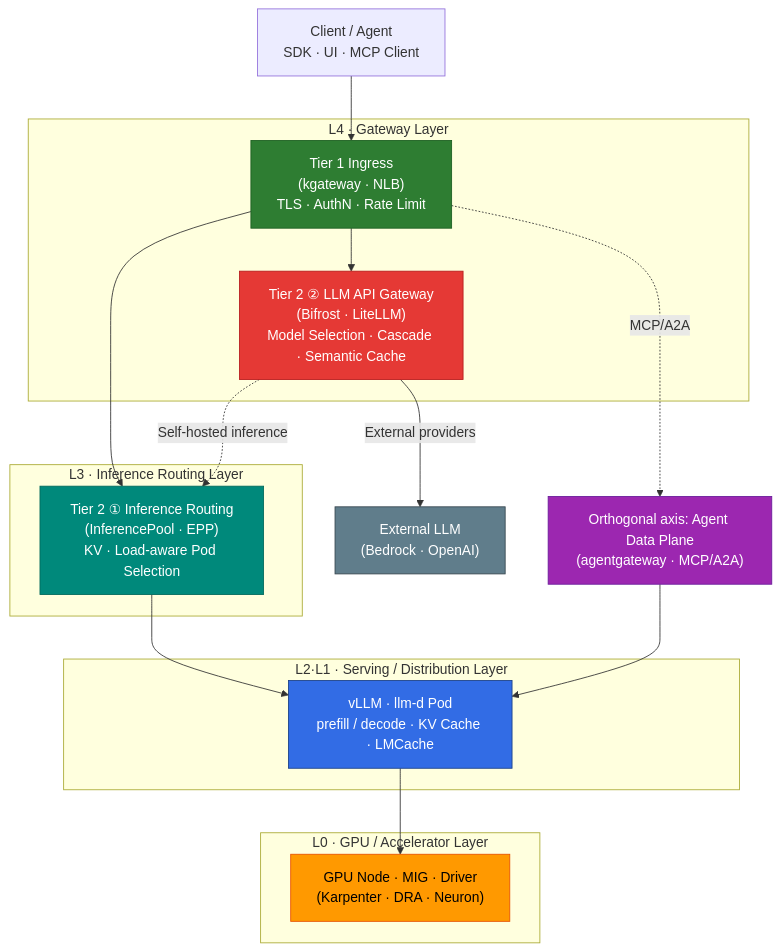
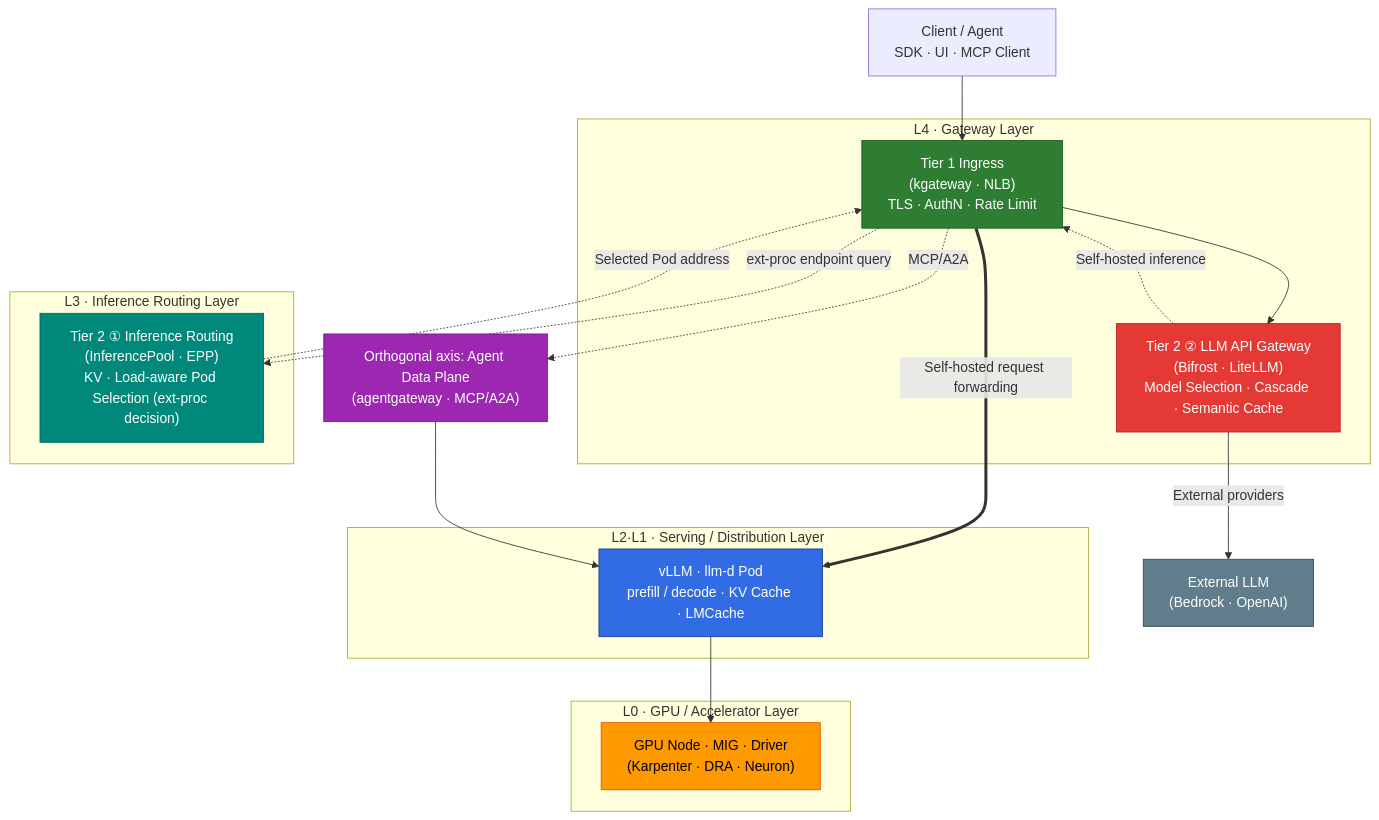
One commit to devfloor9/engineering-playbook changed the diagram in docs/agentic-ai-platform/model-serving/index.md. Above: the diagram before and after it, drawn with Mermaid. The commit also changed other lines of this file and 37 other files, not shown here.

````diff
--- a/docs/agentic-ai-platform/model-serving/index.md
+++ b/docs/agentic-ai-platform/model-serving/index.md
@@ -75,41 +75,42 @@
 ```mermaid
 flowchart TB
     CLIENT["Client / Agent<br/>SDK · UI · MCP Client"]
 
     subgraph L4["L4 · Gateway Layer"]
         T1["Tier 1 Ingress<br/>(kgateway · NLB)<br/>TLS · AuthN · Rate Limit"]
         T2B["Tier 2 ② LLM API Gateway<br/>(Bifrost · LiteLLM)<br/>Model Selection · Cascade · Semantic Cache"]
     end
 
     subgraph L3["L3 · Inference Routing Layer"]
-        T2A["Tier 2 ① Inference Routing<br/>(InferencePool · EPP)<br/>KV · Load-aware Pod Selection"]
+        T2A["Tier 2 ① Inference Routing<br/>(InferencePool · EPP)<br/>KV · Load-aware Pod Selection (ext-proc decision)"]
     end
 
     subgraph L2L1["L2·L1 · Serving / Distribution Layer"]
         POD["vLLM · llm-d Pod<br/>prefill / decode · KV Cache · LMCache"]
     end
 
     subgraph L0["L0 · GPU / Accelerator Layer"]
         GPU["GPU Node · MIG · Driver<br/>(Karpenter · DRA · Neuron)"]
     end
 
     ADP["Orthogonal axis: Agent Data Plane<br/>(agentgateway · MCP/A2A)"]
 
     CLIENT --> T1
     T1 --> T2B
-    T1 --> T2A
     T1 -.MCP/A2A.-> ADP
-    T2B -.Self-hosted inference.-> T2A
+    T2B -.Self-hosted inference.-> T1
     T2B -->|External providers| EXT["External LLM<br/>(Bedrock · OpenAI)"]
-    T2A --> POD
+    T1 ==Self-hosted request forwarding==> POD
+    T1 -.ext-proc endpoint query.-> T2A
+    T2A -.Selected Pod address.-> T1
     ADP --> POD
     POD --> GPU
 
     style T1 fill:#2e7d32,stroke:#1b5e20,color:#fff
     style T2B fill:#e53935,stroke:#b71c1c,color:#fff
     style T2A fill:#00897b,stroke:#00695c,color:#fff
     style POD fill:#326ce5,stroke:#1a3f87,color:#fff
     style GPU fill:#ff9900,stroke:#e65100,color:#000
     style ADP fill:#9c27b0,stroke:#6a1b9a,color:#fff
     style EXT fill:#607d8b,stroke:#37474f,color:#fff
 ```
````
